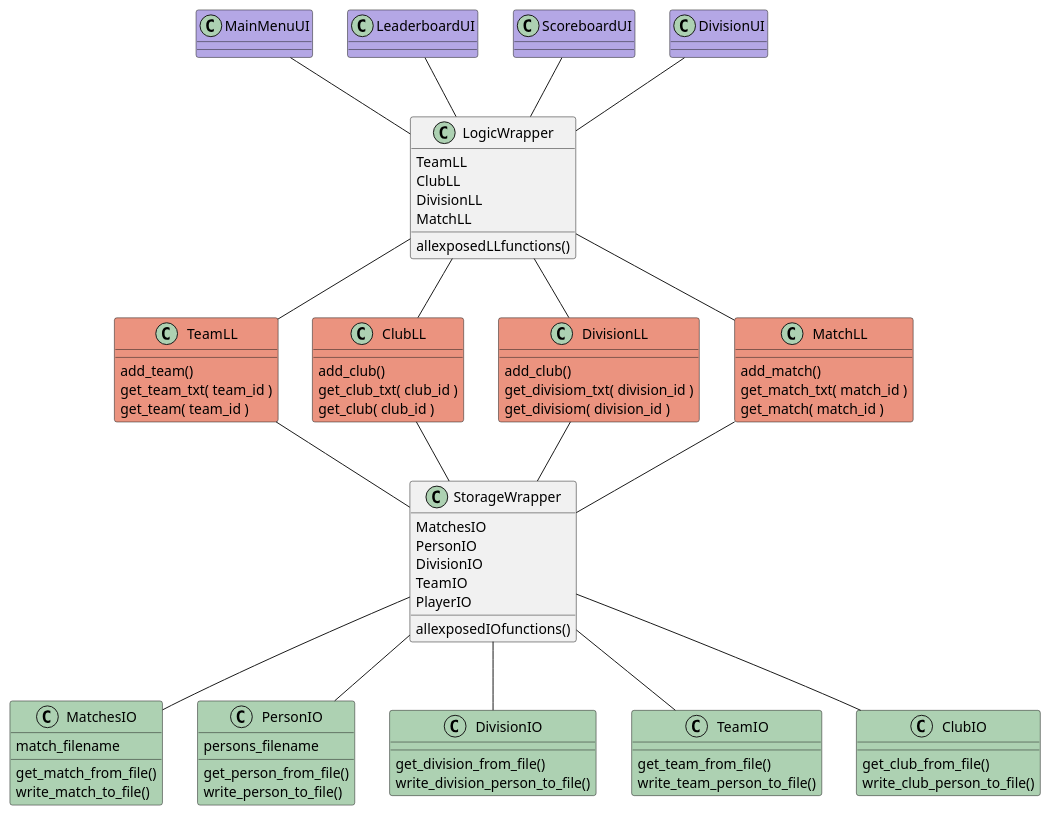
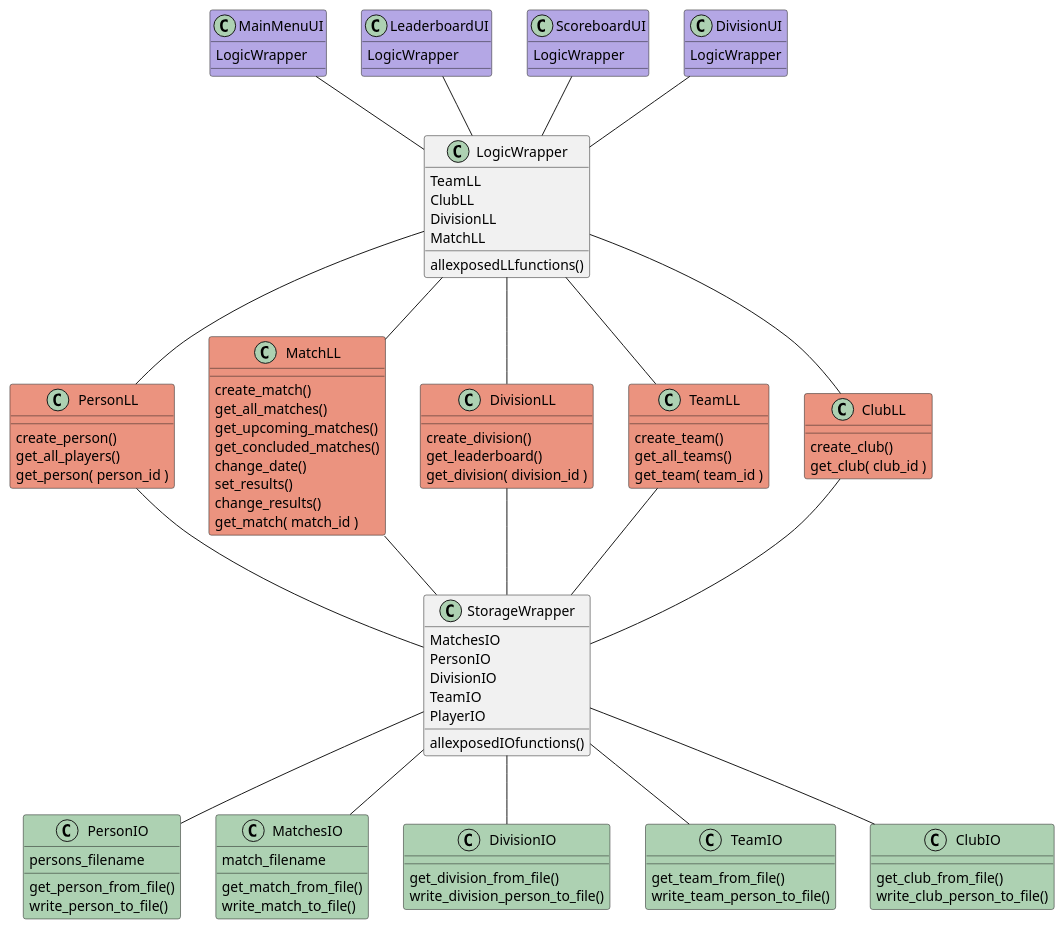
The diagram in Honnun/ClassDiagram/three_layer_diagram.puml (StankWizardLizard/VNL1-2022-HOPUR-28), drawn with PlantUML before and after one commit. The commit also changed 1 other file, not shown here.

Commit message:
cls diagram fuckery

```diff
--- a/Honnun/ClassDiagram/three_layer_diagram.puml
+++ b/Honnun/ClassDiagram/three_layer_diagram.puml
@@ -1,100 +1,124 @@
 @startuml
 
-class MainMenuUI  #B4a7e5
-class LeaderboardUI #B4a7e5
-class ScoreboardUI #B4a7e5
-class DivisionUI #B4a7e5
+class MainMenuUI  #B4a7e5 {
+    LogicWrapper
+}
+class LeaderboardUI #B4a7e5 {
+    LogicWrapper
+}
+class ScoreboardUI #B4a7e5 {
+    LogicWrapper
+}
+class DivisionUI #B4a7e5 {
+    LogicWrapper
+}
+
+
+
+class PersonLL #EB937F{
+    create_person()
+    get_all_players()
+    get_person( person_id )   
+}
+
+class MatchLL #EB937F{
+    create_match()
+    get_all_matches()
+    get_upcoming_matches()
+    get_concluded_matches()
+    change_date()
+    set_results()
+    change_results()
+    get_match( match_id )   
+}
+
+class DivisionLL #EB937F {
+    create_division()
+    get_leaderboard()
+    get_division( division_id )
+}
+
+class TeamLL #EB937F{
+    create_team()
+    get_all_teams()
+    get_team( team_id )
+}
+
+class ClubLL #EB937F {
+    create_club()
+    get_club( club_id )
+}
 
 class LogicWrapper{
     TeamLL
     ClubLL
     DivisionLL
     MatchLL
     allexposedLLfunctions()
 }
 
-class TeamLL #EB937F{
-    add_team()
-    get_team_txt( team_id )
-    get_team( team_id )
-}
 
-class ClubLL #EB937F {
-    add_club()
-    get_club_txt( club_id )
-    get_club( club_id )
-}
-
-class DivisionLL #EB937F {
-    add_club()
-    get_divisiom_txt( division_id )
-    get_divisiom( division_id )
-}
-
-class MatchLL #EB937F{
-    add_match()
-    get_match_txt( match_id )   
-    get_match( match_id )   
-}
 
 LogicWrapper -- TeamLL
+LogicWrapper -- PersonLL
 LogicWrapper -- ClubLL
 LogicWrapper -- DivisionLL
 LogicWrapper -- MatchLL
 
 MainMenuUI  --  LogicWrapper
 LeaderboardUI -- LogicWrapper
 ScoreboardUI -- LogicWrapper
 DivisionUI -- LogicWrapper
 
+PersonLL -- StorageWrapper 
 TeamLL -- StorageWrapper 
 ClubLL -- StorageWrapper 
 DivisionLL -- StorageWrapper 
 MatchLL -- StorageWrapper 
 
 /'
 Storage layer
 '/
 class StorageWrapper{
     MatchesIO
     PersonIO
     DivisionIO
     TeamIO
     PlayerIO
     allexposedIOfunctions()
 
 }
 
+class PersonIO #ADD1b2{
+    persons_filename
+    get_person_from_file()
+    write_person_to_file()
+
+}
 class MatchesIO #ADD1b2{
     match_filename
     get_match_from_file()
     write_match_to_file()
-
-}
-class PersonIO #ADD1b2{
-    persons_filename
-    get_person_from_file()
-    write_person_to_file()
 
 }
 class DivisionIO #ADD1b2{
     get_division_from_file()
     write_division_person_to_file()
 }
 class TeamIO  #ADD1b2  {
     get_team_from_file()
     write_team_person_to_file()
 }
 class ClubIO  #ADD1b2 {
     get_club_from_file()
     write_club_person_to_file()
 
 }
 
 StorageWrapper -- MatchesIO
 StorageWrapper -- PersonIO
 StorageWrapper -- DivisionIO
 StorageWrapper -- TeamIO
 StorageWrapper -- ClubIO
 
 @enduml
```
